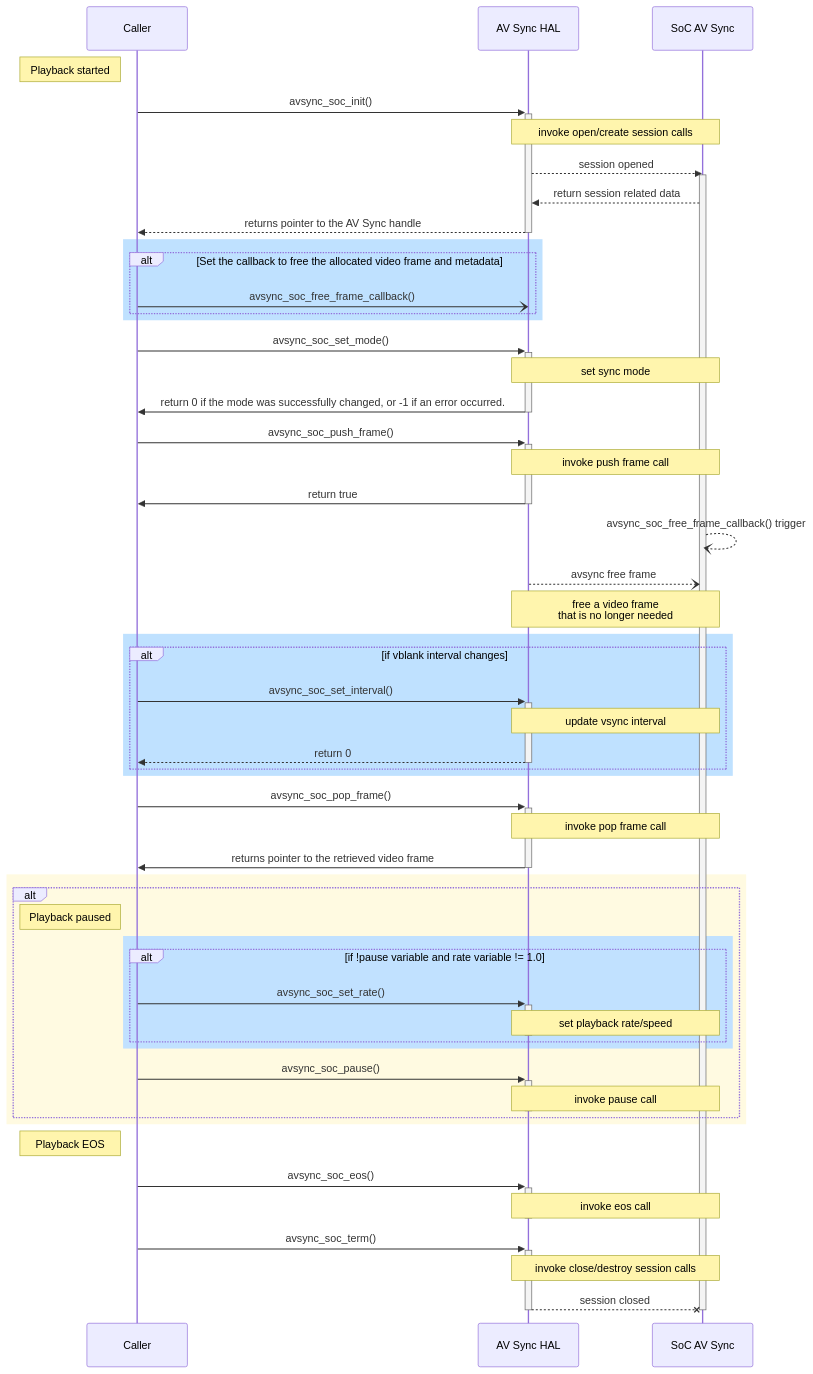
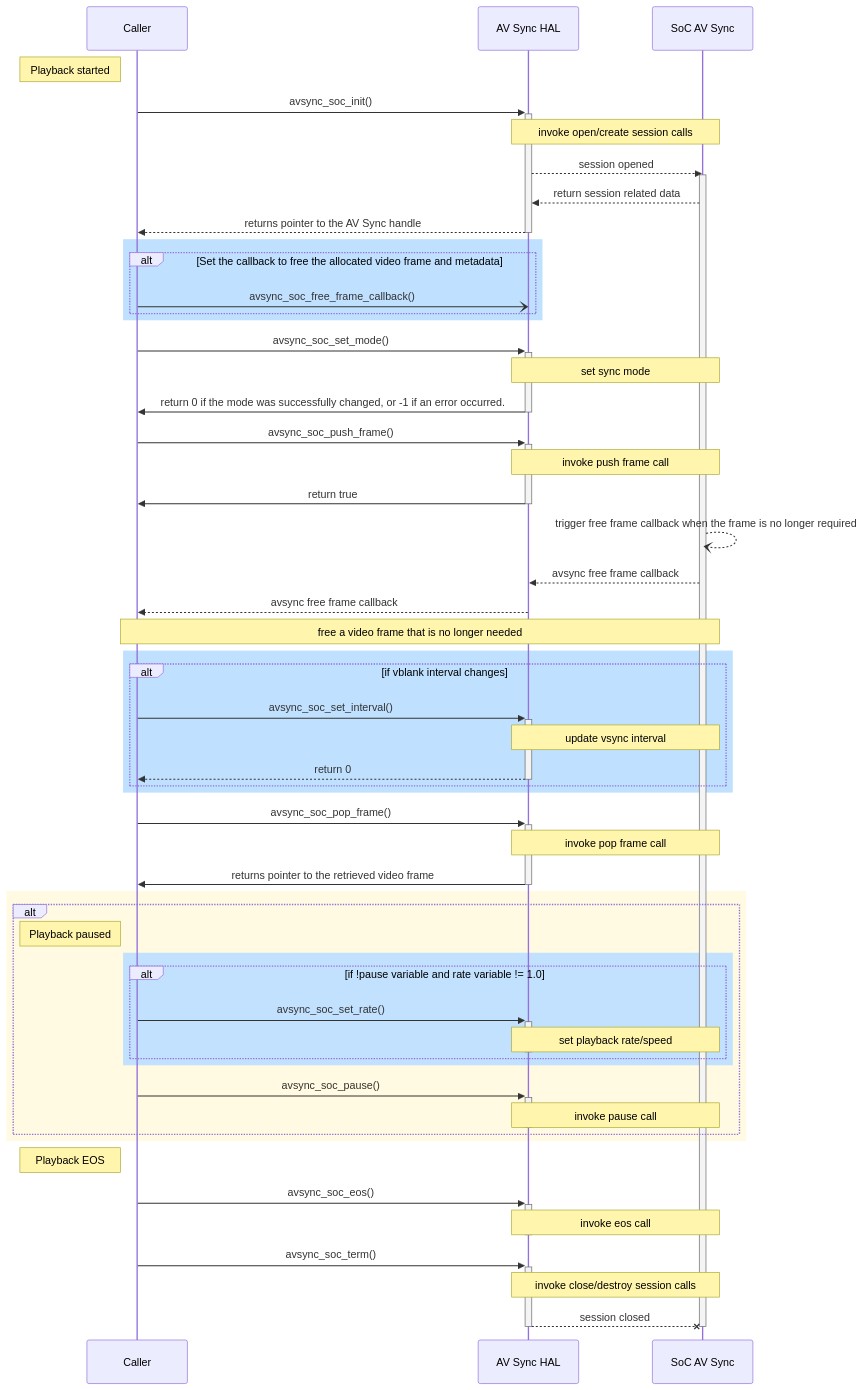
One commit to rdkcentral/rdk-halif-avsync changed the second of 2 diagrams in docs/pages/av-sync_halSpec.md. Above: the diagram before and after it, drawn with Mermaid.

Commit message:
Update av-sync_halSpec.md
free_frame_callback

````diff
--- a/docs/pages/av-sync_halSpec.md
+++ b/docs/pages/av-sync_halSpec.md
@@ -152,78 +152,79 @@
 ```mermaid
 
 sequenceDiagram
 
 participant Caller
 participant AV Sync HAL
 participant SoC AV Sync 
 
 note left of Caller:Playback started
 
 Caller->>+AV Sync HAL:avsync_soc_init()
 note over AV Sync HAL,SoC AV Sync:invoke open/create session calls
 AV Sync HAL-->>SoC AV Sync:session opened
 activate SoC AV Sync 
 SoC AV Sync-->>AV Sync HAL:return session related data
 AV Sync HAL-->>-Caller:returns pointer to the AV Sync handle
 
 rect rgb(191, 225, 255)
 alt Set the callback to free the allocated video frame and metadata
 Caller-)AV Sync HAL:avsync_soc_free_frame_callback()
 end
 end
 
 Caller->>+AV Sync HAL:avsync_soc_set_mode()
 note over AV Sync HAL,SoC AV Sync:set sync mode
 AV Sync HAL->>-Caller: return 0 if the mode was successfully changed, or -1 if an error occurred.
 
 Caller->>+AV Sync HAL:avsync_soc_push_frame()
 note over AV Sync HAL,SoC AV Sync:invoke push frame call
 AV Sync HAL->>-Caller:return true
 
-SoC AV Sync--)SoC AV Sync: avsync_soc_free_frame_callback() trigger
-AV Sync HAL--)SoC AV Sync: avsync free frame
-note over AV Sync HAL,SoC AV Sync: free a video frame <br/> that is no longer needed
+SoC AV Sync--)SoC AV Sync: trigger free frame callback when the frame is no longer required 
+SoC AV Sync-->>AV Sync HAL: avsync free frame callback
+AV Sync HAL-->>Caller: avsync free frame callback
+note over Caller,SoC AV Sync: free a video frame that is no longer needed
 
 rect rgb(191, 225, 255)
 alt if vblank interval changes
 Caller->>+AV Sync HAL:avsync_soc_set_interval()
 note over AV Sync HAL,SoC AV Sync:update vsync interval
 AV Sync HAL-->>-Caller:return 0
 end
 end
 
 Caller->>+AV Sync HAL:avsync_soc_pop_frame()
 note over AV Sync HAL,SoC AV Sync:invoke pop frame call
 AV Sync HAL->>-Caller:returns pointer to the retrieved video frame
 
 rect rgb(255,250,225)
 alt
 note left of Caller:Playback paused
 
 rect rgb(193, 225, 255)
 alt  if !pause variable and rate variable != 1.0
 Caller->>+AV Sync HAL:avsync_soc_set_rate()
 note over AV Sync HAL,SoC AV Sync:set playback rate/speed
 deactivate AV Sync HAL
 end
 end
 
 Caller->>+AV Sync HAL:avsync_soc_pause()
 note over AV Sync HAL,SoC AV Sync:invoke pause call
 deactivate AV Sync HAL
 end
 end
 
 note left of Caller:Playback EOS
 
 Caller->>+AV Sync HAL:avsync_soc_eos()
 note over AV Sync HAL,SoC AV Sync:invoke eos call
 deactivate AV Sync HAL
 
 Caller->>+AV Sync HAL:avsync_soc_term()
 note over AV Sync HAL,SoC AV Sync:invoke close/destroy session calls
 AV Sync HAL--xSoC AV Sync:session closed
 deactivate SoC AV Sync 
 deactivate AV Sync HAL
 
 ```
````
